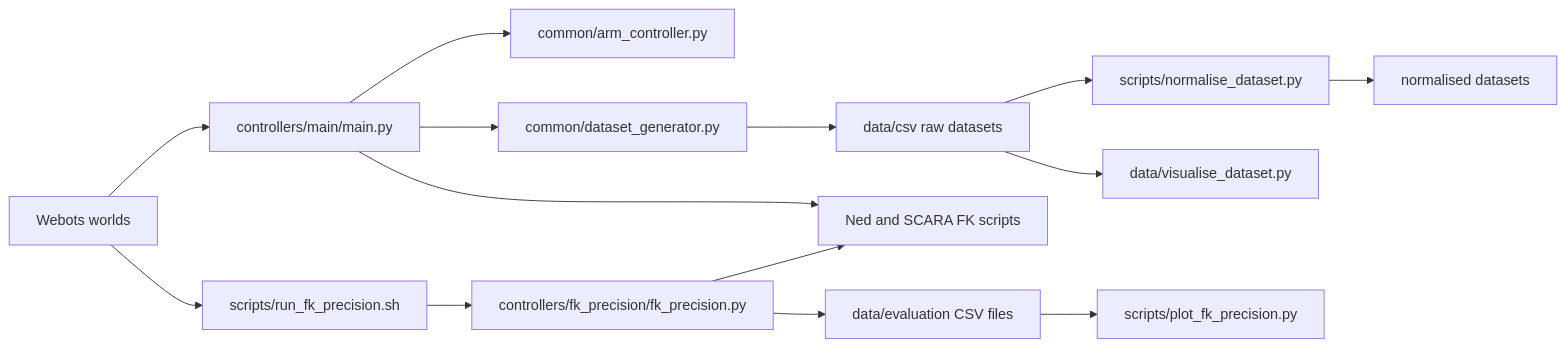
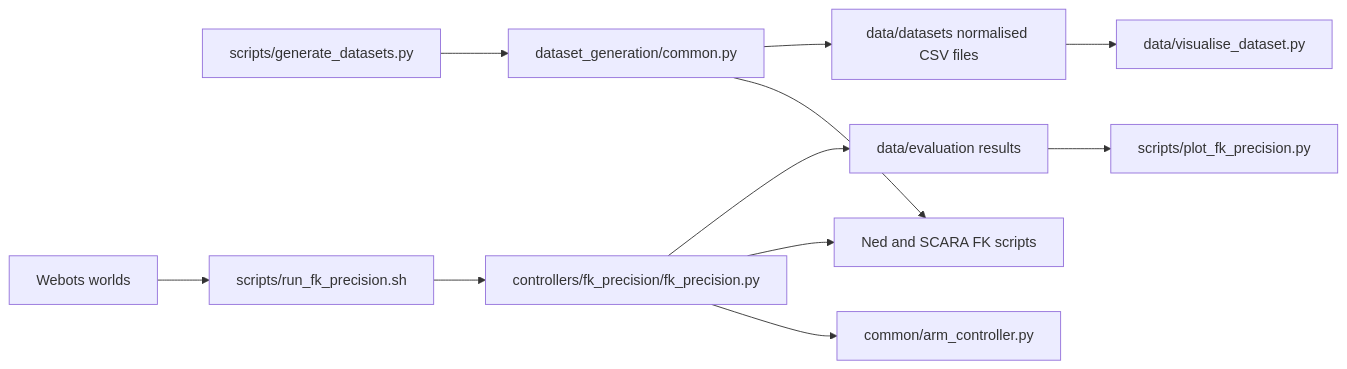
One commit to guillaumevirgal/IR-coursework1 changed the diagram in README.md. Above: the diagram before and after it, drawn with Mermaid. The commit also changed other lines of this file and 11 other files, not shown here.

Commit message:
Generate Task 2 datasets directly from FK

````diff
--- a/README.md
+++ b/README.md
@@ -33,17 +30,14 @@
 ```mermaid
 flowchart LR
-    W[Webots worlds] --> M[controllers/main/main.py]
-    M --> A[common/arm_controller.py]
-    M --> G[common/dataset_generator.py]
-    M --> FK[Ned and SCARA FK scripts]
-    G --> C[data/csv raw datasets]
-    C --> N[scripts/normalise_dataset.py]
-    C --> V[data/visualise_dataset.py]
-    N --> P[normalised datasets]
+    G[scripts/generate_datasets.py] --> C[dataset_generation/common.py]
+    C --> FK[Ned and SCARA FK scripts]
+    C --> D[data/datasets normalised CSV files]
+    D --> V[data/visualise_dataset.py]
 
-    W --> R[scripts/run_fk_precision.sh]
+    W[Webots worlds] --> R[scripts/run_fk_precision.sh]
     R --> E[controllers/fk_precision/fk_precision.py]
+    E --> A[common/arm_controller.py]
     E --> FK
-    E --> D[data/evaluation CSV files]
-    D --> Q[scripts/plot_fk_precision.py]
+    E --> Q[data/evaluation results]
+    Q --> P[scripts/plot_fk_precision.py]
 ```
````
